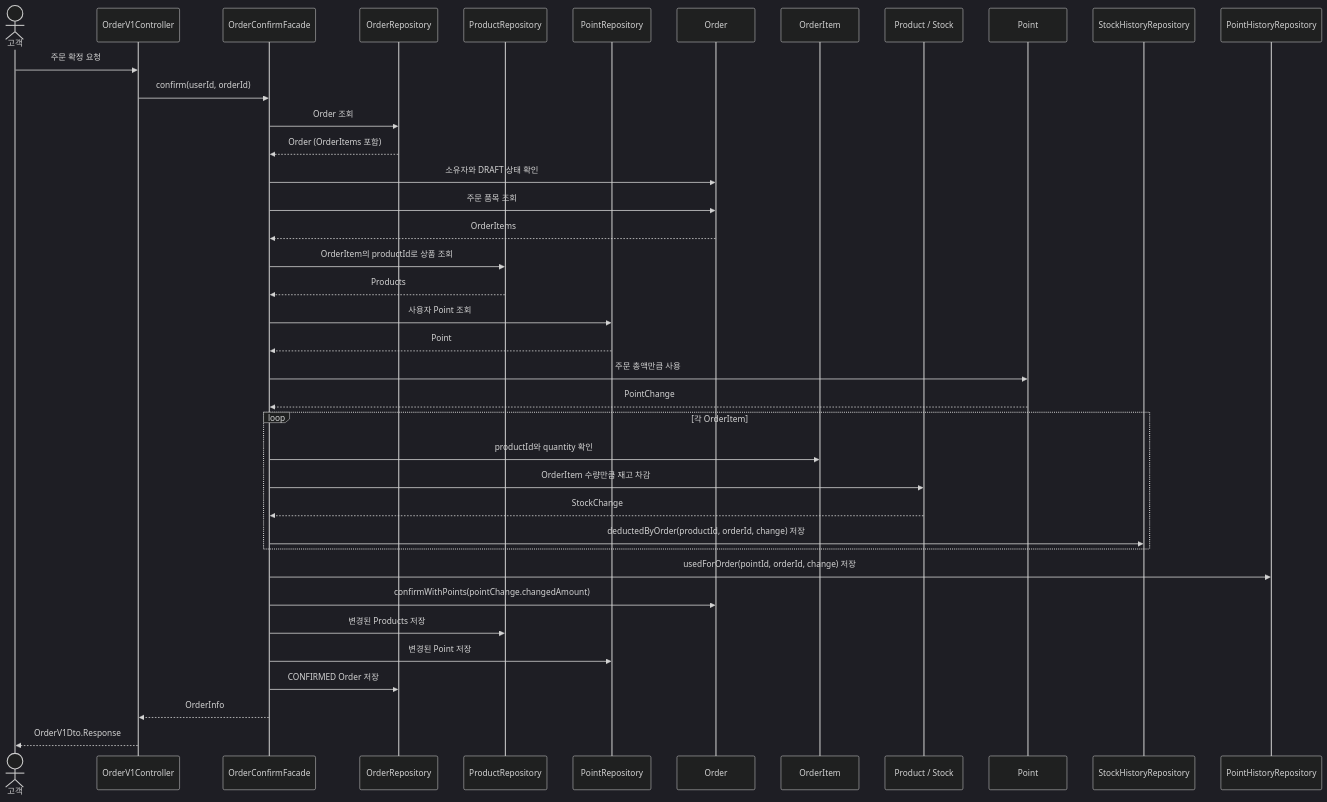
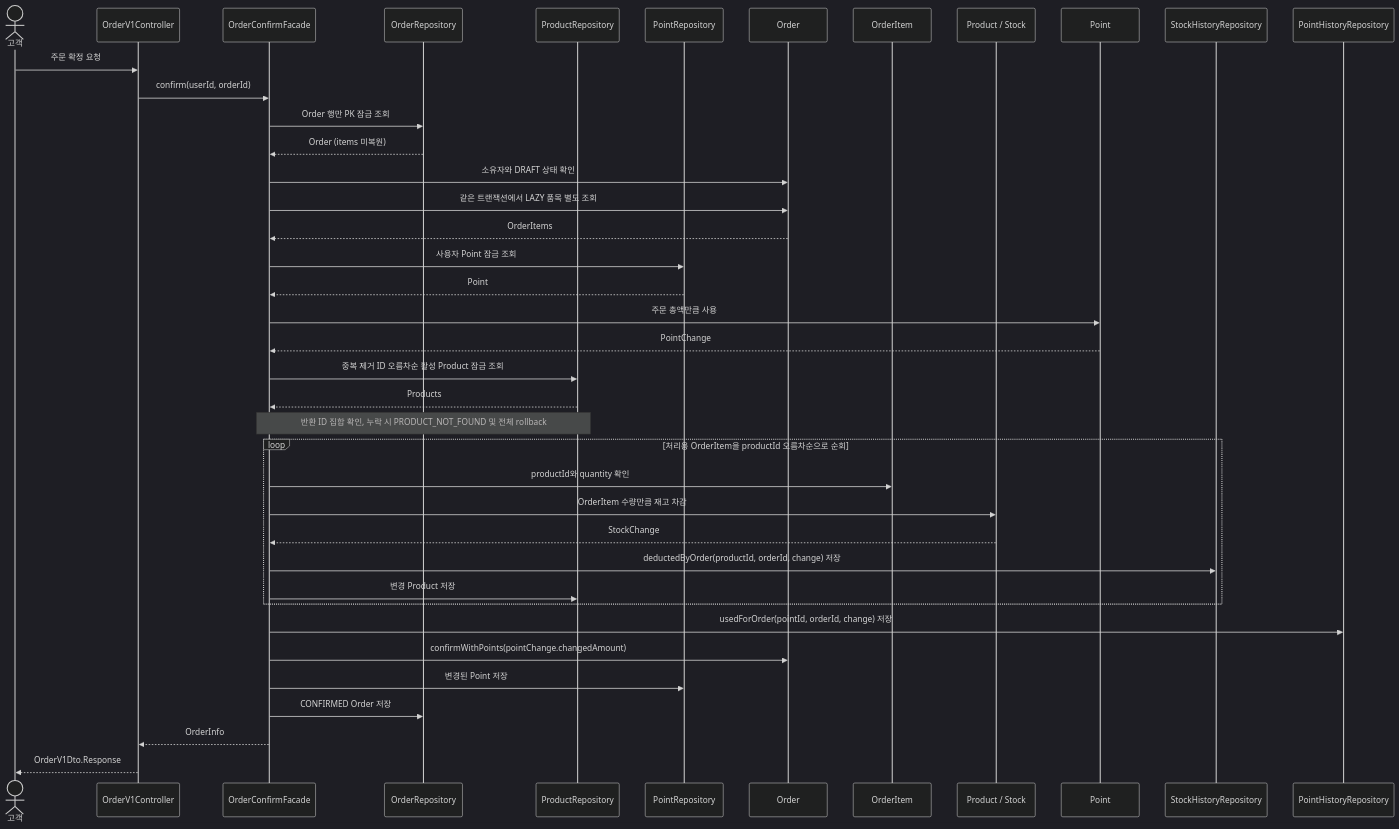
Before and after one commit to Jomeun/loop-pack-be-l2-vol5-java: the second of 2 diagrams in docs/system-design/sections/04-use-cases.md, drawn with Mermaid (dark theme). The commit also changed other lines of this file and 5 other files, not shown here.

````diff
--- a/docs/system-design/sections/04-use-cases.md
+++ b/docs/system-design/sections/04-use-cases.md
@@ -153,44 +155,46 @@
 ```mermaid
 sequenceDiagram
     actor Customer as 고객
     participant Controller as OrderV1Controller
     participant Facade as OrderConfirmFacade
     participant OrderRepository
     participant ProductRepository
     participant PointRepository
     participant Order
     participant Item as OrderItem
     participant Product as Product / Stock
     participant Point
     participant StockHistoryRepository
     participant PointHistoryRepository
 
     Customer->>Controller: 주문 확정 요청
     Controller->>Facade: confirm(userId, orderId)
-    Facade->>OrderRepository: Order 조회
-    OrderRepository-->>Facade: Order (OrderItems 포함)
+    Facade->>OrderRepository: Order 행만 PK 잠금 조회
+    OrderRepository-->>Facade: Order (items 미복원)
     Facade->>Order: 소유자와 DRAFT 상태 확인
-    Facade->>Order: 주문 품목 조회
+    Facade->>Order: 같은 트랜잭션에서 LAZY 품목 별도 조회
     Order-->>Facade: OrderItems
-    Facade->>ProductRepository: OrderItem의 productId로 상품 조회
-    ProductRepository-->>Facade: Products
-    Facade->>PointRepository: 사용자 Point 조회
+    Facade->>PointRepository: 사용자 Point 잠금 조회
     PointRepository-->>Facade: Point
     Facade->>Point: 주문 총액만큼 사용
     Point-->>Facade: PointChange
 
-    loop 각 OrderItem
+    Facade->>ProductRepository: 중복 제거 ID 오름차순 활성 Product 잠금 조회
+    ProductRepository-->>Facade: Products
+    Note over Facade,ProductRepository: 반환 ID 집합 확인, 누락 시 PRODUCT_NOT_FOUND 및 전체 rollback
+
+    loop 처리용 OrderItem을 productId 오름차순으로 순회
         Facade->>Item: productId와 quantity 확인
         Facade->>Product: OrderItem 수량만큼 재고 차감
         Product-->>Facade: StockChange
         Facade->>StockHistoryRepository: deductedByOrder(productId, orderId, change) 저장
+        Facade->>ProductRepository: 변경 Product 저장
     end
 
     Facade->>PointHistoryRepository: usedForOrder(pointId, orderId, change) 저장
     Facade->>Order: confirmWithPoints(pointChange.changedAmount)
-    Facade->>ProductRepository: 변경된 Products 저장
     Facade->>PointRepository: 변경된 Point 저장
     Facade->>OrderRepository: CONFIRMED Order 저장
     Facade-->>Controller: OrderInfo
     Controller-->>Customer: OrderV1Dto.Response
 ```
````
